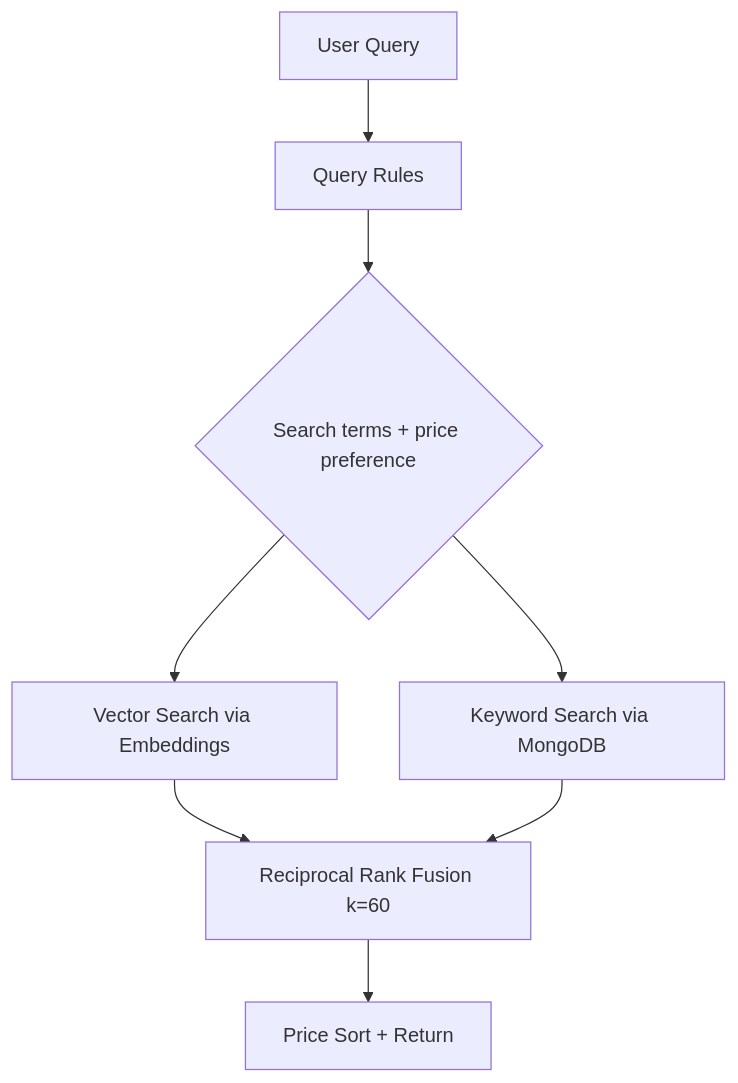
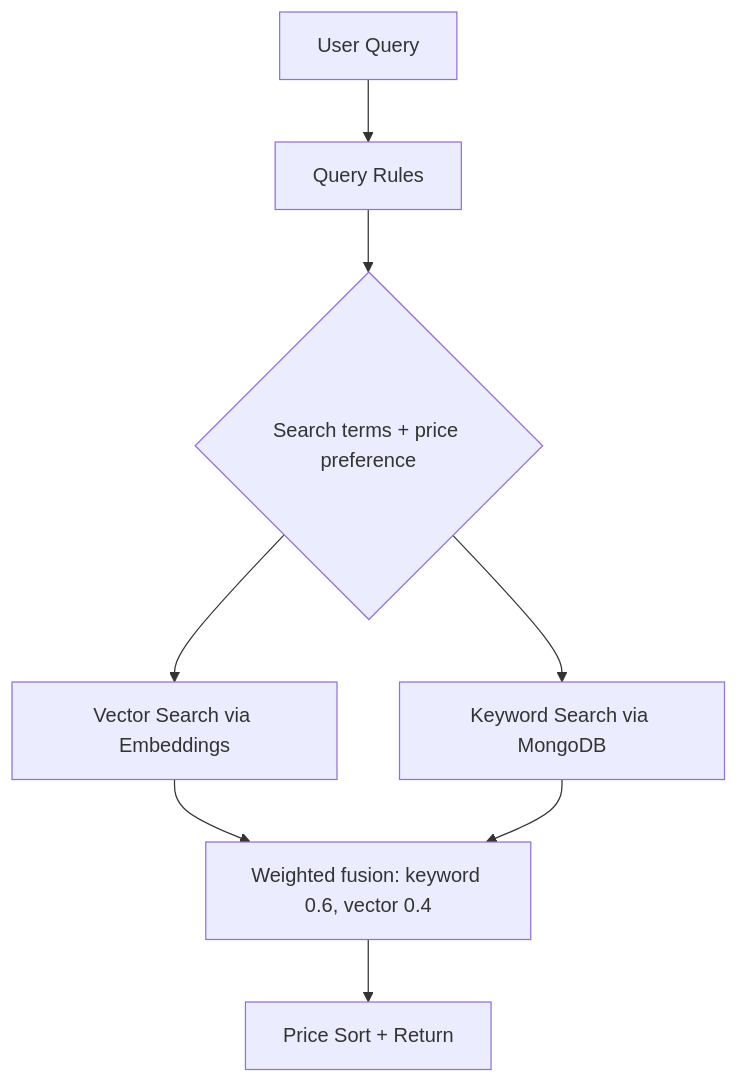
One commit to martintrifunov/obrok changed the first of 2 diagrams in apps/docs/backend/modules/search.md. Above: the diagram before and after it, drawn with Mermaid. The commit also changed other lines of this file and 7 other files, not shown here.

Commit message:
feat(search): rank results by weighted keyword and vector relevance

````diff
--- a/apps/docs/backend/modules/search.md
+++ b/apps/docs/backend/modules/search.md
@@ -37,10 +38,10 @@
 ```mermaid
 flowchart TD
     A[User Query] --> B[Query Rules]
     B --> C{Search terms + price preference}
     C --> D[Vector Search via Embeddings]
     C --> E[Keyword Search via MongoDB]
-    D --> F[Reciprocal Rank Fusion k=60]
+    D --> F[Weighted fusion: keyword 0.6, vector 0.4]
     E --> F
     F --> G[Price Sort + Return]
 ```
````
